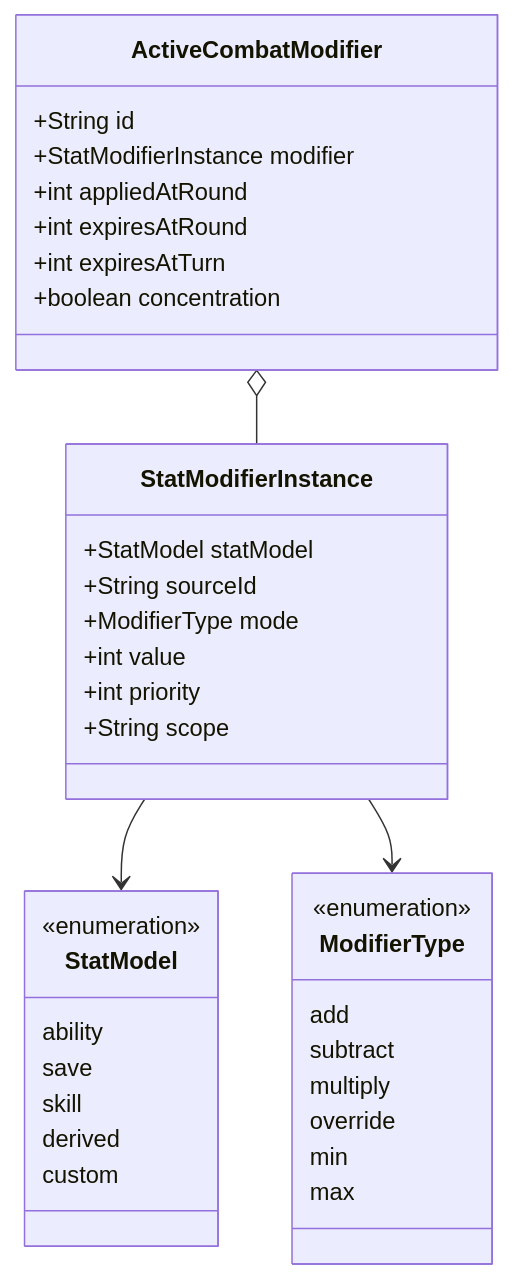
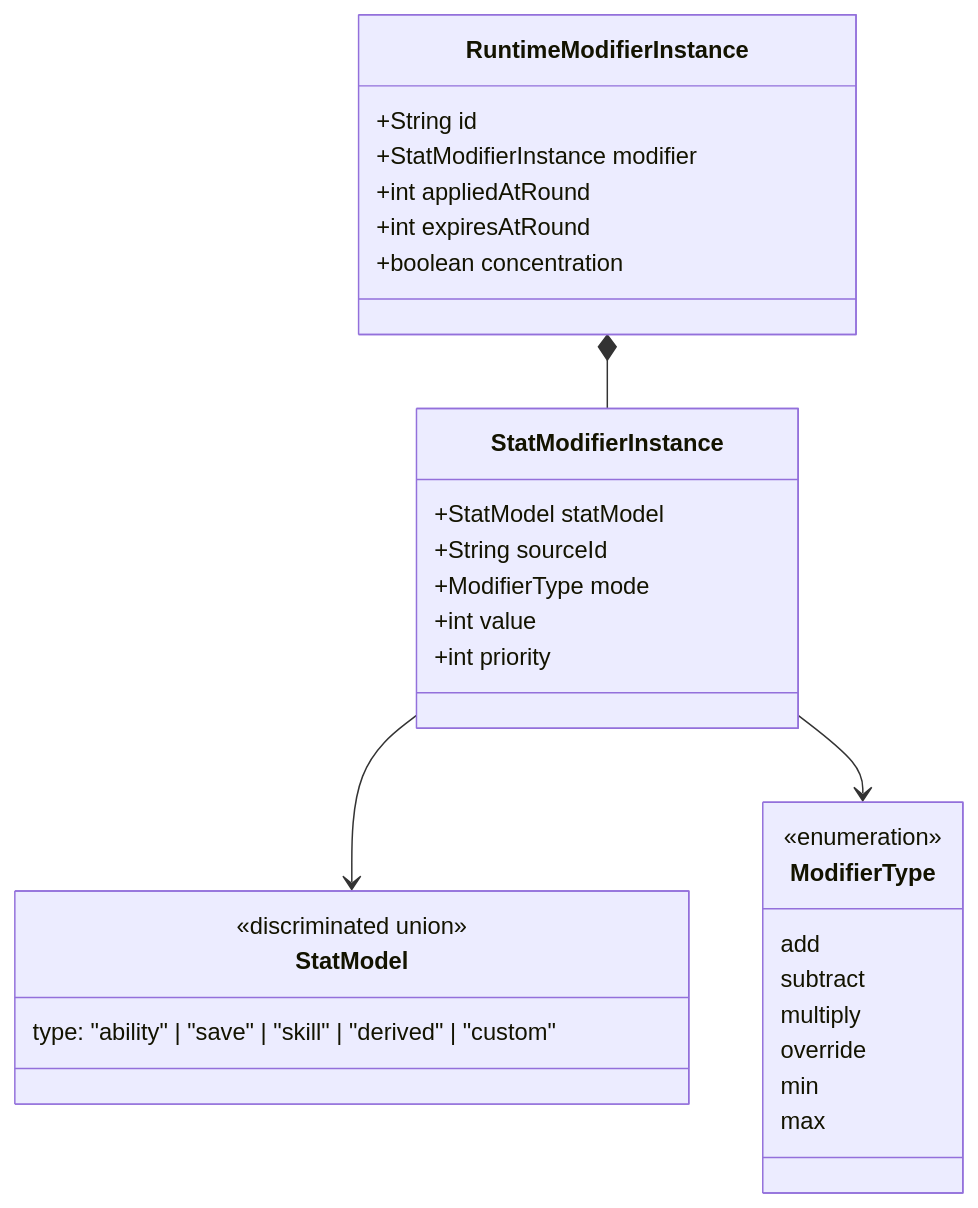
Before and after one commit to JaredReyes107/DnD-Companion: the fifth of 5 diagrams in docs/domain-model.md, drawn with Mermaid. The commit also changed other lines of this file and 143 other files, not shown here.

````diff
--- a/docs/domain-model.md
+++ b/docs/domain-model.md
@@ -98,43 +213,37 @@
 ```mermaid
 classDiagram
-    class ActiveCombatModifier {
+    class RuntimeModifierInstance {
         +String id
         +StatModifierInstance modifier
         +int appliedAtRound
         +int expiresAtRound
-        +int expiresAtTurn
         +boolean concentration
     }
 
     class StatModifierInstance {
         +StatModel statModel
         +String sourceId
         +ModifierType mode
         +int value
         +int priority
-        +String scope
     }
 
     class StatModel {
-        <<enumeration>>
-        ability
-        save
-        skill
-        derived
-        custom
+        <<discriminated union>>
+        type: "ability" | "save" | "skill" | "derived" | "custom"
     }
 
     class ModifierType {
         <<enumeration>>
         add
         subtract
         multiply
         override
         min
         max
     }
 
-    ActiveCombatModifier o-- StatModifierInstance
+    RuntimeModifierInstance *-- StatModifierInstance
     StatModifierInstance --> StatModel
     StatModifierInstance --> ModifierType
 ```
````
